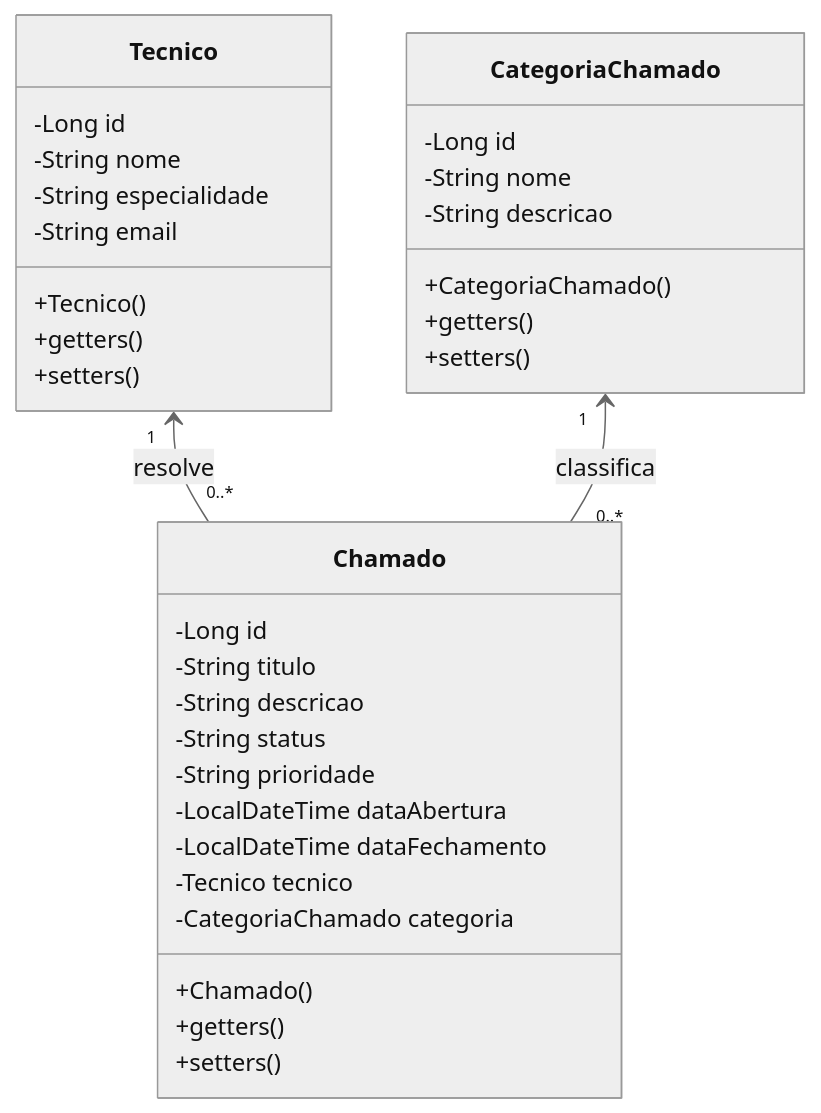
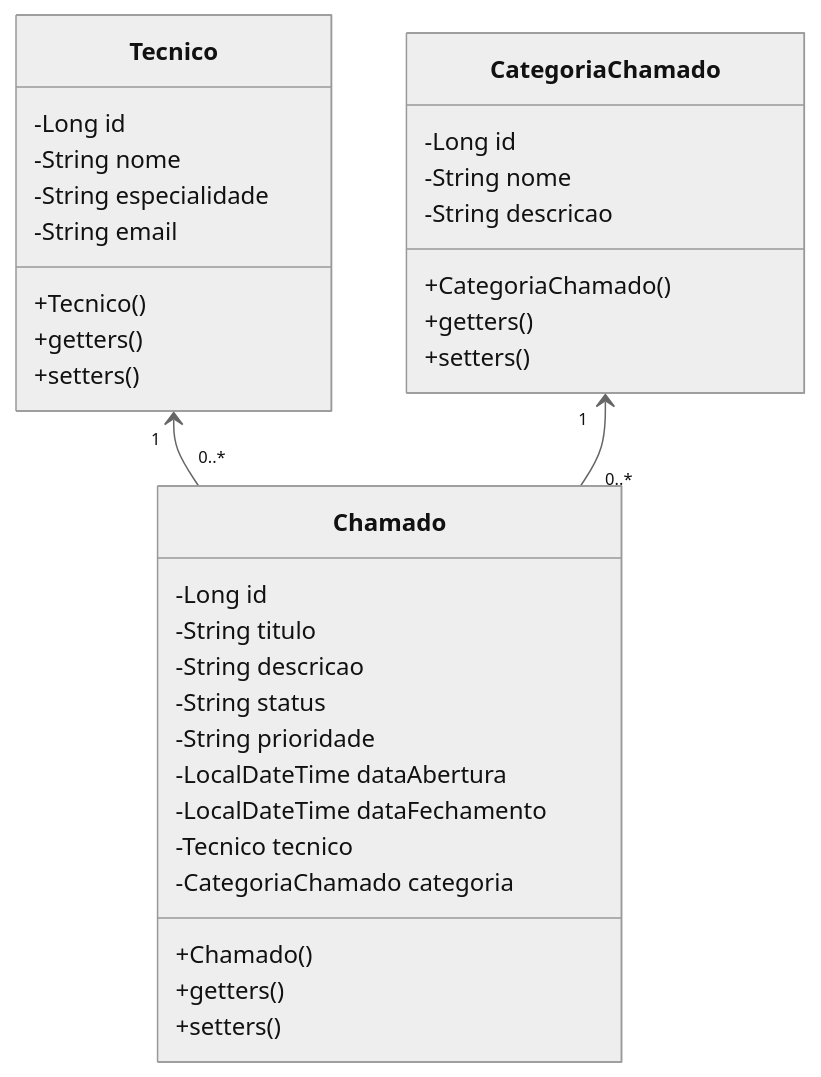
One commit to heltonricardo/enunciados-exercicios-java changed the diagram in exercicios/exercicio-016/versao-001/README.md. Above: the diagram before and after it, drawn with Mermaid (neutral theme). The commit also changed other lines of this file, not shown here.

````diff
--- a/exercicios/exercicio-016/versao-001/README.md
+++ b/exercicios/exercicio-016/versao-001/README.md
@@ -25,40 +26,40 @@
 ```mermaid
 classDiagram
 
 class Tecnico {
   -Long id
   -String nome
   -String especialidade
   -String email
   +Tecnico()
   +getters()
   +setters()
 }
 
 class CategoriaChamado {
   -Long id
   -String nome
   -String descricao
   +CategoriaChamado()
   +getters()
   +setters()
 }
 
 class Chamado {
   -Long id
   -String titulo
   -String descricao
   -String status
   -String prioridade
   -LocalDateTime dataAbertura
   -LocalDateTime dataFechamento
   -Tecnico tecnico
   -CategoriaChamado categoria
   +Chamado()
   +getters()
   +setters()
 }
 
-Tecnico "1" <-- "0..*" Chamado : resolve
-CategoriaChamado "1" <-- "0..*" Chamado : classifica
+Tecnico "1" <-- "0..*" Chamado
+CategoriaChamado "1" <-- "0..*" Chamado
 ```
````
